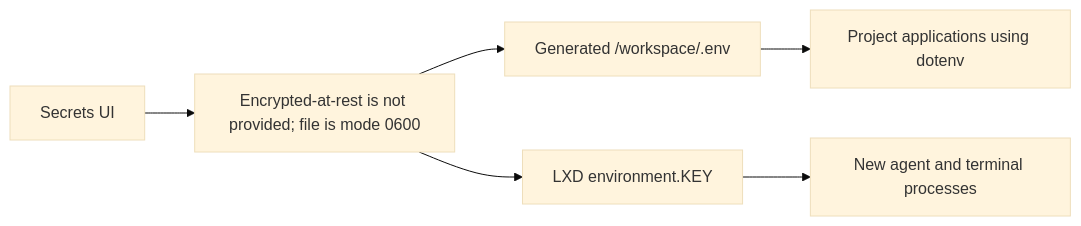
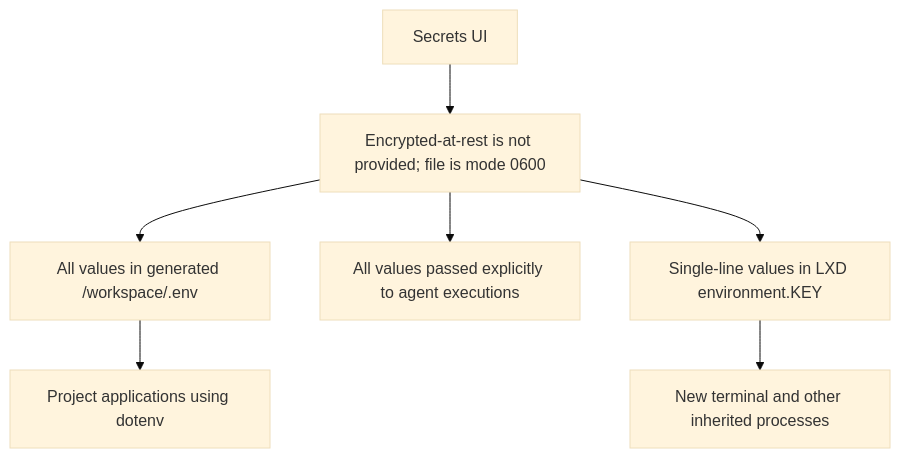
One commit to AbdallahMohamedDotnet/remote.futrx changed the fifth of 5 diagrams in docs/02-workspaces/03-projects-and-containers.md. Above: the diagram before and after it, drawn with Mermaid (base theme). The commit also changed other lines of this file and 100 other files, not shown here.

````diff
--- a/docs/02-workspaces/03-projects-and-containers.md
+++ b/docs/02-workspaces/03-projects-and-containers.md
@@ -107,8 +124,9 @@
 ```mermaid
-flowchart LR
+flowchart TD
     UI["Secrets UI"] --> Store["Encrypted-at-rest is not provided; file is mode 0600"]
-    Store --> DotEnv["Generated /workspace/.env"]
-    Store --> LXDEnv["LXD environment.KEY"]
-    LXDEnv --> NewExec["New agent and terminal processes"]
+    Store --> DotEnv["All values in generated /workspace/.env"]
+    Store --> AgentExec["All values passed explicitly to agent executions"]
+    Store --> LXDEnv["Single-line values in LXD environment.KEY"]
+    LXDEnv --> NewExec["New terminal and other inherited processes"]
     DotEnv --> App["Project applications using dotenv"]
 ```
````
